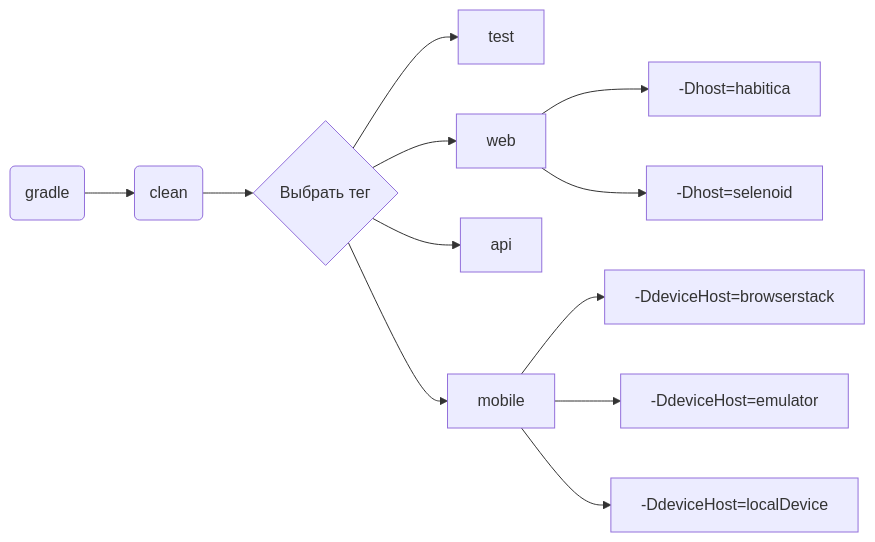
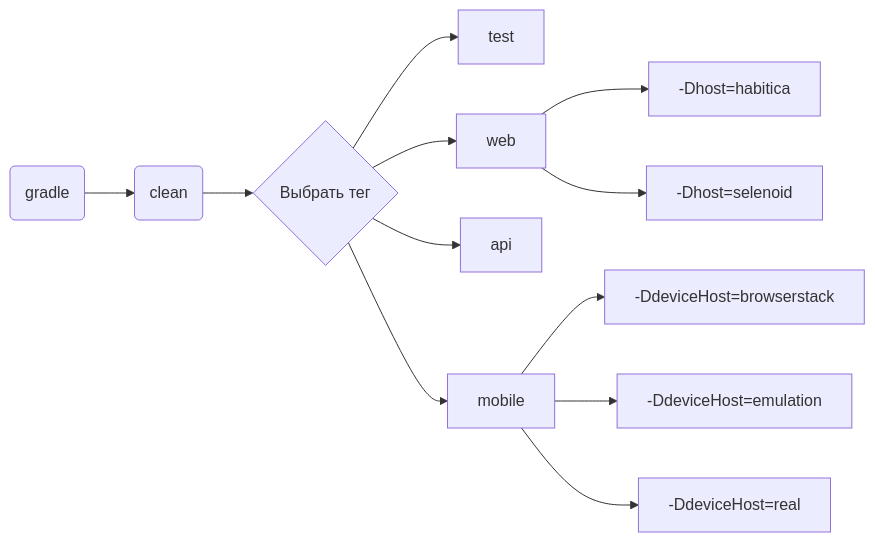
One commit to Gan9leri/habitica-patent changed the diagram in README.md. Above: the diagram before and after it, drawn with Mermaid.

````diff
--- a/README.md
+++ b/README.md
@@ -94,14 +94,14 @@
 ```mermaid 
 flowchart LR
     A(gradle) --> B(clean)
     B --> C{Выбрать тег}
     C --> D[test]
     C --> E[web]
     C --> F[api]
     C --> G[mobile]
     E --> H[-Dhost=habitica]
     E --> I[-Dhost=selenoid]
     G --> J[-DdeviceHost=browserstack]
-    G --> K[-DdeviceHost=emulator]
-    G --> L[-DdeviceHost=localDevice]
+    G --> K[-DdeviceHost=emulation]
+    G --> L[-DdeviceHost=real]
 ```
````
